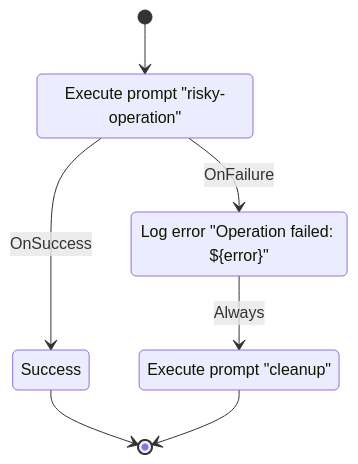
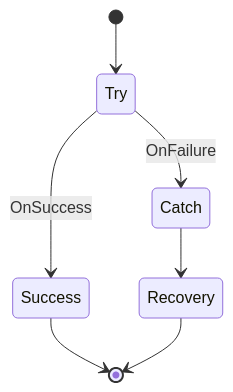
One commit to wballard/swissarmyhammer changed the fourth of 10 diagrams in doc/src/workflows.md. Above: the diagram before and after it, drawn with Mermaid. The commit also changed other lines of this file and 3 other files, not shown here.

````diff
--- a/doc/src/workflows.md
+++ b/doc/src/workflows.md
@@ -182,13 +242,9 @@
 ```mermaid
 stateDiagram-v2
     [*] --> Try
     Try --> Success: OnSuccess
     Try --> Catch: OnFailure
-    Catch --> Recovery: Always
+    Catch --> Recovery
     Success --> [*]
     Recovery --> [*]
-    
-    Try: Execute prompt "risky-operation"
-    Catch: Log error "Operation failed: ${error}"
-    Recovery: Execute prompt "cleanup"
 ```
````
